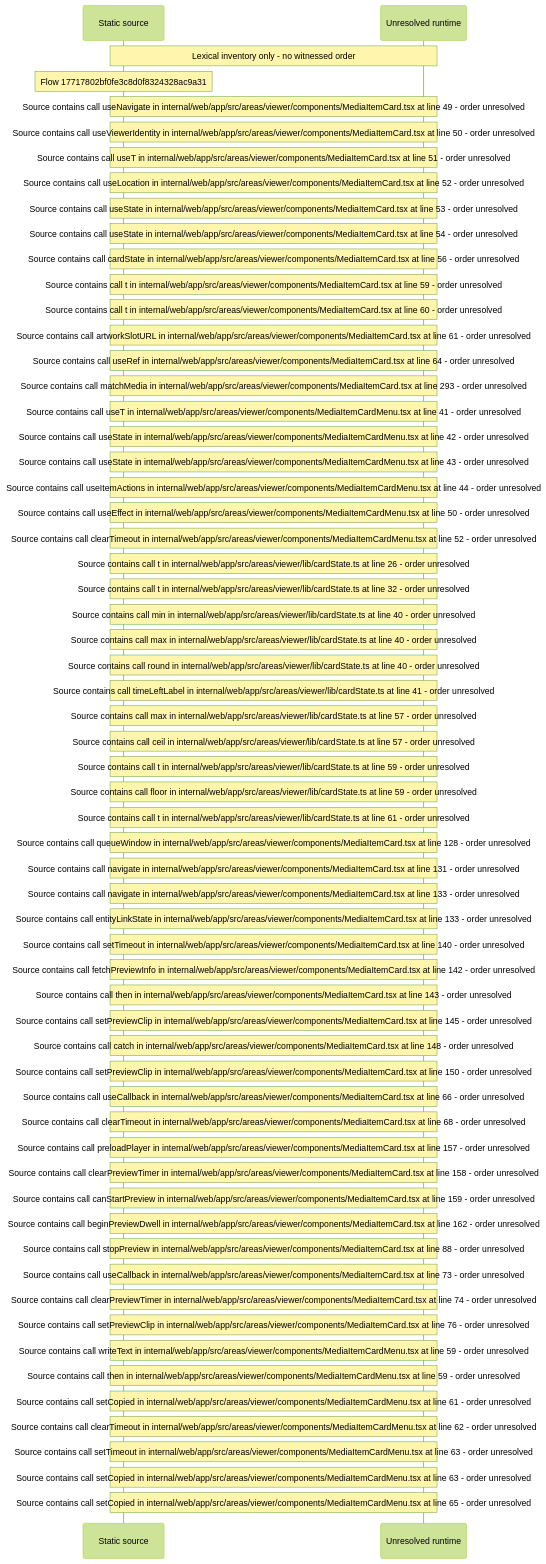
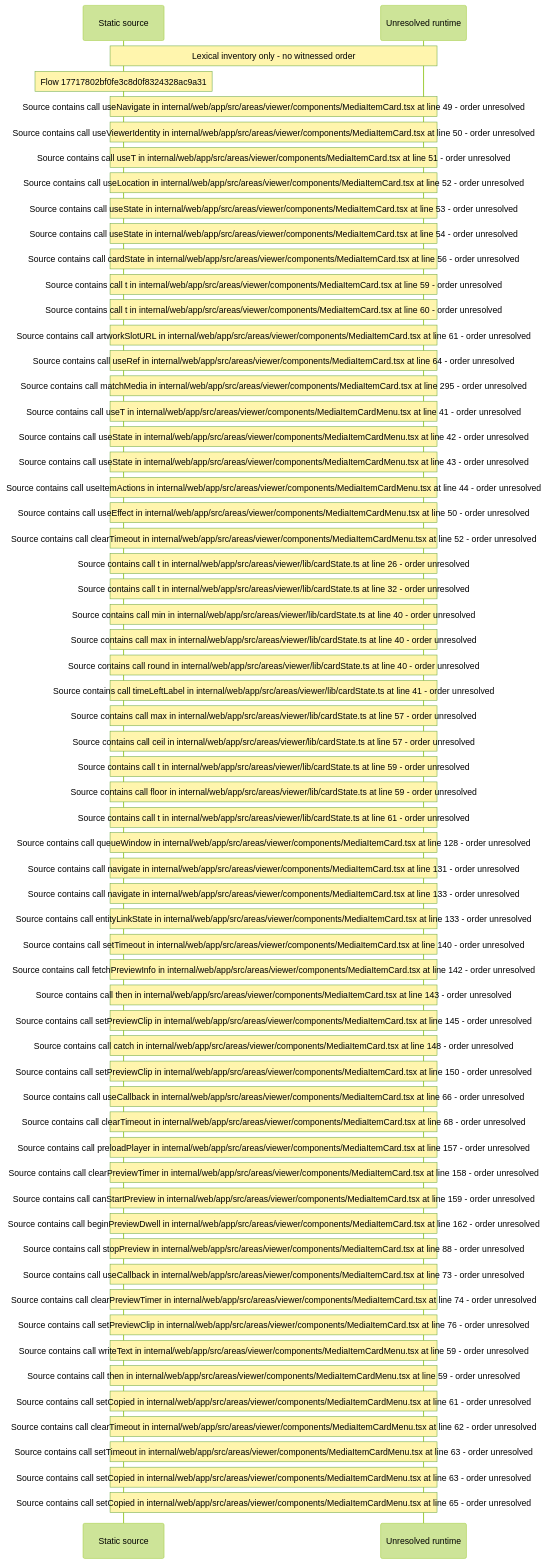
One commit to beamfall/core changed the diagram in docs/web/flows/generated/17717802bf0fe3c8d0f8324328ac9a31/flow-diagram.md. Above: the diagram before and after it, drawn with Mermaid (forest theme). The commit also changed other lines of this file and 715 other files, not shown here.

First line of the commit message:
Regenerate the web flow record on main after CORE-1117

````diff
--- a/docs/web/flows/generated/17717802bf0fe3c8d0f8324328ac9a31/flow-diagram.md
+++ b/docs/web/flows/generated/17717802bf0fe3c8d0f8324328ac9a31/flow-diagram.md
@@ -10,63 +10,63 @@
 ```mermaid
 sequenceDiagram
     participant S as Static source
     participant U as Unresolved runtime
     Note over S,U: Lexical inventory only - no witnessed order
     Note over S: Flow 17717802bf0fe3c8d0f8324328ac9a31
     Note over S,U: Source contains call useNavigate in internal/web/app/src/areas/viewer/components/MediaItemCard.tsx at line 49 - order unresolved
     Note over S,U: Source contains call useViewerIdentity in internal/web/app/src/areas/viewer/components/MediaItemCard.tsx at line 50 - order unresolved
     Note over S,U: Source contains call useT in internal/web/app/src/areas/viewer/components/MediaItemCard.tsx at line 51 - order unresolved
     Note over S,U: Source contains call useLocation in internal/web/app/src/areas/viewer/components/MediaItemCard.tsx at line 52 - order unresolved
     Note over S,U: Source contains call useState in internal/web/app/src/areas/viewer/components/MediaItemCard.tsx at line 53 - order unresolved
     Note over S,U: Source contains call useState in internal/web/app/src/areas/viewer/components/MediaItemCard.tsx at line 54 - order unresolved
     Note over S,U: Source contains call cardState in internal/web/app/src/areas/viewer/components/MediaItemCard.tsx at line 56 - order unresolved
     Note over S,U: Source contains call t in internal/web/app/src/areas/viewer/components/MediaItemCard.tsx at line 59 - order unresolved
     Note over S,U: Source contains call t in internal/web/app/src/areas/viewer/components/MediaItemCard.tsx at line 60 - order unresolved
     Note over S,U: Source contains call artworkSlotURL in internal/web/app/src/areas/viewer/components/MediaItemCard.tsx at line 61 - order unresolved
     Note over S,U: Source contains call useRef in internal/web/app/src/areas/viewer/components/MediaItemCard.tsx at line 64 - order unresolved
-    Note over S,U: Source contains call matchMedia in internal/web/app/src/areas/viewer/components/MediaItemCard.tsx at line 293 - order unresolved
+    Note over S,U: Source contains call matchMedia in internal/web/app/src/areas/viewer/components/MediaItemCard.tsx at line 295 - order unresolved
     Note over S,U: Source contains call useT in internal/web/app/src/areas/viewer/components/MediaItemCardMenu.tsx at line 41 - order unresolved
     Note over S,U: Source contains call useState in internal/web/app/src/areas/viewer/components/MediaItemCardMenu.tsx at line 42 - order unresolved
     Note over S,U: Source contains call useState in internal/web/app/src/areas/viewer/components/MediaItemCardMenu.tsx at line 43 - order unresolved
     Note over S,U: Source contains call useItemActions in internal/web/app/src/areas/viewer/components/MediaItemCardMenu.tsx at line 44 - order unresolved
     Note over S,U: Source contains call useEffect in internal/web/app/src/areas/viewer/components/MediaItemCardMenu.tsx at line 50 - order unresolved
     Note over S,U: Source contains call clearTimeout in internal/web/app/src/areas/viewer/components/MediaItemCardMenu.tsx at line 52 - order unresolved
     Note over S,U: Source contains call t in internal/web/app/src/areas/viewer/lib/cardState.ts at line 26 - order unresolved
     Note over S,U: Source contains call t in internal/web/app/src/areas/viewer/lib/cardState.ts at line 32 - order unresolved
     Note over S,U: Source contains call min in internal/web/app/src/areas/viewer/lib/cardState.ts at line 40 - order unresolved
     Note over S,U: Source contains call max in internal/web/app/src/areas/viewer/lib/cardState.ts at line 40 - order unresolved
     Note over S,U: Source contains call round in internal/web/app/src/areas/viewer/lib/cardState.ts at line 40 - order unresolved
     Note over S,U: Source contains call timeLeftLabel in internal/web/app/src/areas/viewer/lib/cardState.ts at line 41 - order unresolved
     Note over S,U: Source contains call max in internal/web/app/src/areas/viewer/lib/cardState.ts at line 57 - order unresolved
     Note over S,U: Source contains call ceil in internal/web/app/src/areas/viewer/lib/cardState.ts at line 57 - order unresolved
     Note over S,U: Source contains call t in internal/web/app/src/areas/viewer/lib/cardState.ts at line 59 - order unresolved
     Note over S,U: Source contains call floor in internal/web/app/src/areas/viewer/lib/cardState.ts at line 59 - order unresolved
     Note over S,U: Source contains call t in internal/web/app/src/areas/viewer/lib/cardState.ts at line 61 - order unresolved
     Note over S,U: Source contains call queueWindow in internal/web/app/src/areas/viewer/components/MediaItemCard.tsx at line 128 - order unresolved
     Note over S,U: Source contains call navigate in internal/web/app/src/areas/viewer/components/MediaItemCard.tsx at line 131 - order unresolved
     Note over S,U: Source contains call navigate in internal/web/app/src/areas/viewer/components/MediaItemCard.tsx at line 133 - order unresolved
     Note over S,U: Source contains call entityLinkState in internal/web/app/src/areas/viewer/components/MediaItemCard.tsx at line 133 - order unresolved
     Note over S,U: Source contains call setTimeout in internal/web/app/src/areas/viewer/components/MediaItemCard.tsx at line 140 - order unresolved
     Note over S,U: Source contains call fetchPreviewInfo in internal/web/app/src/areas/viewer/components/MediaItemCard.tsx at line 142 - order unresolved
     Note over S,U: Source contains call then in internal/web/app/src/areas/viewer/components/MediaItemCard.tsx at line 143 - order unresolved
     Note over S,U: Source contains call setPreviewClip in internal/web/app/src/areas/viewer/components/MediaItemCard.tsx at line 145 - order unresolved
     Note over S,U: Source contains call catch in internal/web/app/src/areas/viewer/components/MediaItemCard.tsx at line 148 - order unresolved
     Note over S,U: Source contains call setPreviewClip in internal/web/app/src/areas/viewer/components/MediaItemCard.tsx at line 150 - order unresolved
     Note over S,U: Source contains call useCallback in internal/web/app/src/areas/viewer/components/MediaItemCard.tsx at line 66 - order unresolved
     Note over S,U: Source contains call clearTimeout in internal/web/app/src/areas/viewer/components/MediaItemCard.tsx at line 68 - order unresolved
     Note over S,U: Source contains call preloadPlayer in internal/web/app/src/areas/viewer/components/MediaItemCard.tsx at line 157 - order unresolved
     Note over S,U: Source contains call clearPreviewTimer in internal/web/app/src/areas/viewer/components/MediaItemCard.tsx at line 158 - order unresolved
     Note over S,U: Source contains call canStartPreview in internal/web/app/src/areas/viewer/components/MediaItemCard.tsx at line 159 - order unresolved
     Note over S,U: Source contains call beginPreviewDwell in internal/web/app/src/areas/viewer/components/MediaItemCard.tsx at line 162 - order unresolved
     Note over S,U: Source contains call stopPreview in internal/web/app/src/areas/viewer/components/MediaItemCard.tsx at line 88 - order unresolved
     Note over S,U: Source contains call useCallback in internal/web/app/src/areas/viewer/components/MediaItemCard.tsx at line 73 - order unresolved
     Note over S,U: Source contains call clearPreviewTimer in internal/web/app/src/areas/viewer/components/MediaItemCard.tsx at line 74 - order unresolved
     Note over S,U: Source contains call setPreviewClip in internal/web/app/src/areas/viewer/components/MediaItemCard.tsx at line 76 - order unresolved
     Note over S,U: Source contains call writeText in internal/web/app/src/areas/viewer/components/MediaItemCardMenu.tsx at line 59 - order unresolved
     Note over S,U: Source contains call then in internal/web/app/src/areas/viewer/components/MediaItemCardMenu.tsx at line 59 - order unresolved
     Note over S,U: Source contains call setCopied in internal/web/app/src/areas/viewer/components/MediaItemCardMenu.tsx at line 61 - order unresolved
     Note over S,U: Source contains call clearTimeout in internal/web/app/src/areas/viewer/components/MediaItemCardMenu.tsx at line 62 - order unresolved
     Note over S,U: Source contains call setTimeout in internal/web/app/src/areas/viewer/components/MediaItemCardMenu.tsx at line 63 - order unresolved
     Note over S,U: Source contains call setCopied in internal/web/app/src/areas/viewer/components/MediaItemCardMenu.tsx at line 63 - order unresolved
     Note over S,U: Source contains call setCopied in internal/web/app/src/areas/viewer/components/MediaItemCardMenu.tsx at line 65 - order unresolved
 ```
````
